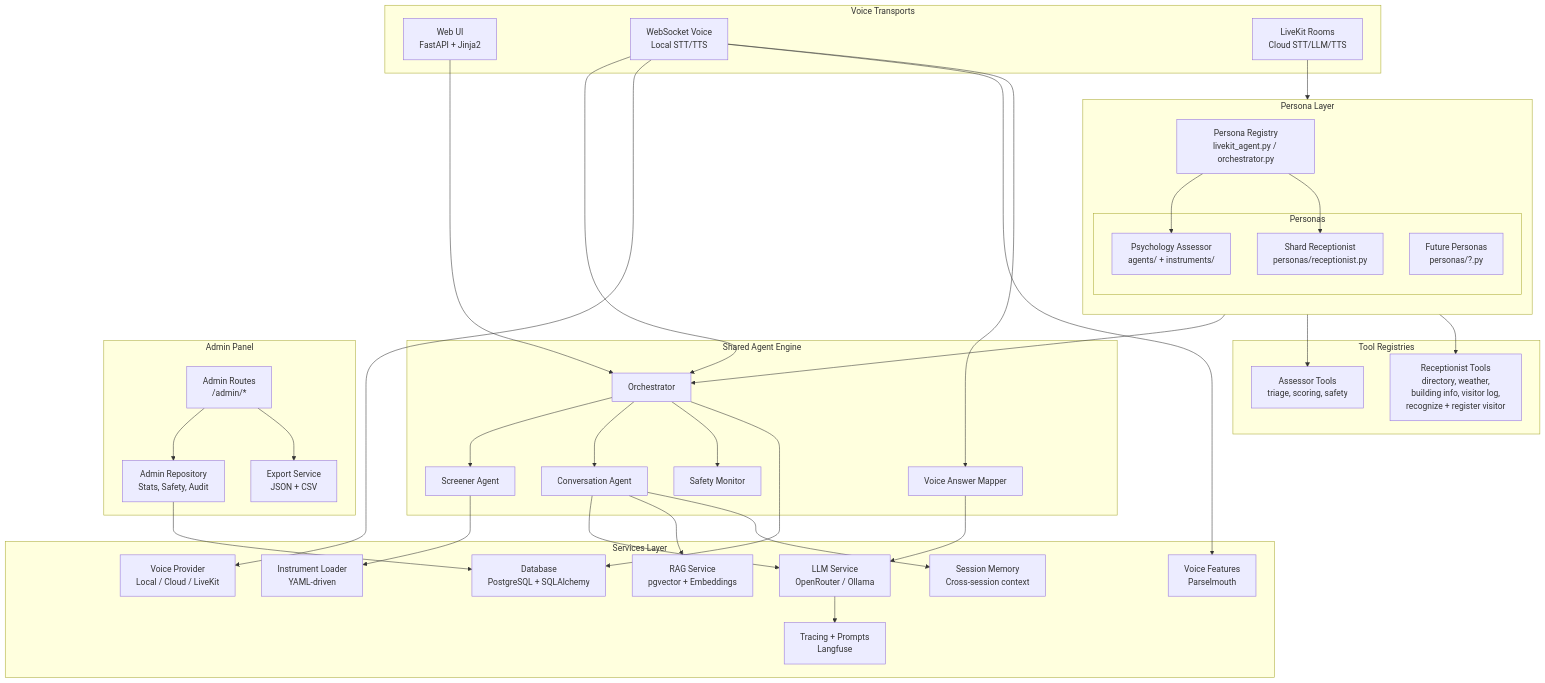
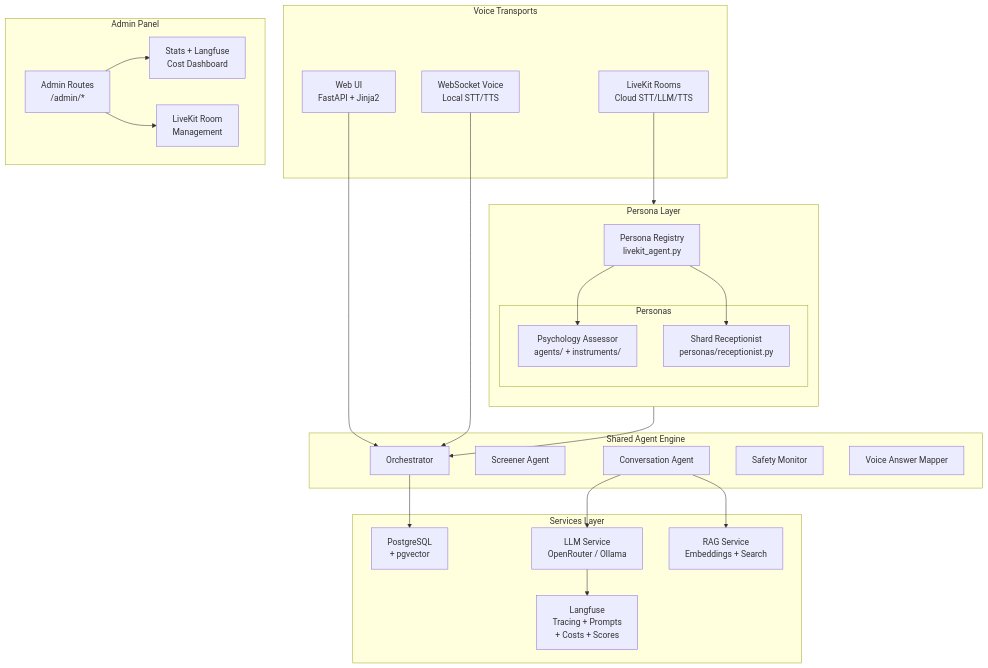
Before and after one commit to bodharma/talker: the first of 8 diagrams in docs/architecture.md, drawn with Mermaid. The commit also changed other lines of this file and 3 other files, not shown here.

First line of the commit message:
docs: rewrite architecture and LiveKit docs for code review

````diff
--- a/docs/architecture.md
+++ b/docs/architecture.md
@@ -16,73 +19,51 @@
 ```mermaid
 graph TB
     subgraph "Voice Transports"
         WEB["Web UI<br/>FastAPI + Jinja2"]
         WS["WebSocket Voice<br/>Local STT/TTS"]
         LK["LiveKit Rooms<br/>Cloud STT/LLM/TTS"]
     end
 
     subgraph "Persona Layer"
         direction TB
-        PREG["Persona Registry<br/>livekit_agent.py / orchestrator.py"]
+        PREG["Persona Registry<br/>livekit_agent.py"]
         subgraph "Personas"
             ASSESS["Psychology Assessor<br/>agents/ + instruments/"]
             RECEP["Shard Receptionist<br/>personas/receptionist.py"]
-            FUTURE["Future Personas<br/>personas/?.py"]
         end
     end
 
     subgraph "Shared Agent Engine"
         ORCH["Orchestrator"]
         SCREEN["Screener Agent"]
         CONV["Conversation Agent"]
         SAFETY["Safety Monitor"]
         MAPPER["Voice Answer Mapper"]
     end
 
-    subgraph "Tool Registries"
-        ATOOLS["Assessor Tools<br/>triage, scoring, safety"]
-        RTOOLS["Receptionist Tools<br/>directory, weather,<br/>building info, visitor log,<br/>recognize + register visitor"]
-    end
-
     subgraph "Services Layer"
         LLM["LLM Service<br/>OpenRouter / Ollama"]
-        TRACE["Tracing + Prompts<br/>Langfuse"]
-        INSTR["Instrument Loader<br/>YAML-driven"]
-        DB["Database<br/>PostgreSQL + SQLAlchemy"]
-        VPROV["Voice Provider<br/>Local / Cloud / LiveKit"]
-        VFEAT["Voice Features<br/>Parselmouth"]
-        RAG["RAG Service<br/>pgvector + Embeddings"]
-        SMEM["Session Memory<br/>Cross-session context"]
+        TRACE["Langfuse<br/>Tracing + Prompts<br/>+ Costs + Scores"]
+        DB["PostgreSQL<br/>+ pgvector"]
+        RAG["RAG Service<br/>Embeddings + Search"]
     end
 
     subgraph "Admin Panel"
         ADMIN["Admin Routes<br/>/admin/*"]
-        AREPO["Admin Repository<br/>Stats, Safety, Audit"]
-        EXPORT["Export Service<br/>JSON + CSV"]
+        STATS["Stats + Langfuse<br/>Cost Dashboard"]
+        LKADMIN["LiveKit Room<br/>Management"]
     end
 
     WEB --> ORCH
     WS --> ORCH
     LK --> PREG
     PREG --> ASSESS
     PREG --> RECEP
     ASSESS --> ORCH
-    ASSESS --> ATOOLS
-    RECEP --> RTOOLS
-    ORCH --> SCREEN
-    ORCH --> CONV
-    ORCH --> SAFETY
-    SCREEN --> INSTR
     CONV --> LLM
     CONV --> RAG
-    CONV --> SMEM
     LLM --> TRACE
     ORCH --> DB
-    WS --> VPROV
-    WS --> VFEAT
-    WS --> MAPPER
-    MAPPER --> LLM
-    ADMIN --> AREPO
-    ADMIN --> EXPORT
-    AREPO --> DB
+    ADMIN --> STATS
+    ADMIN --> LKADMIN
 ```
````
